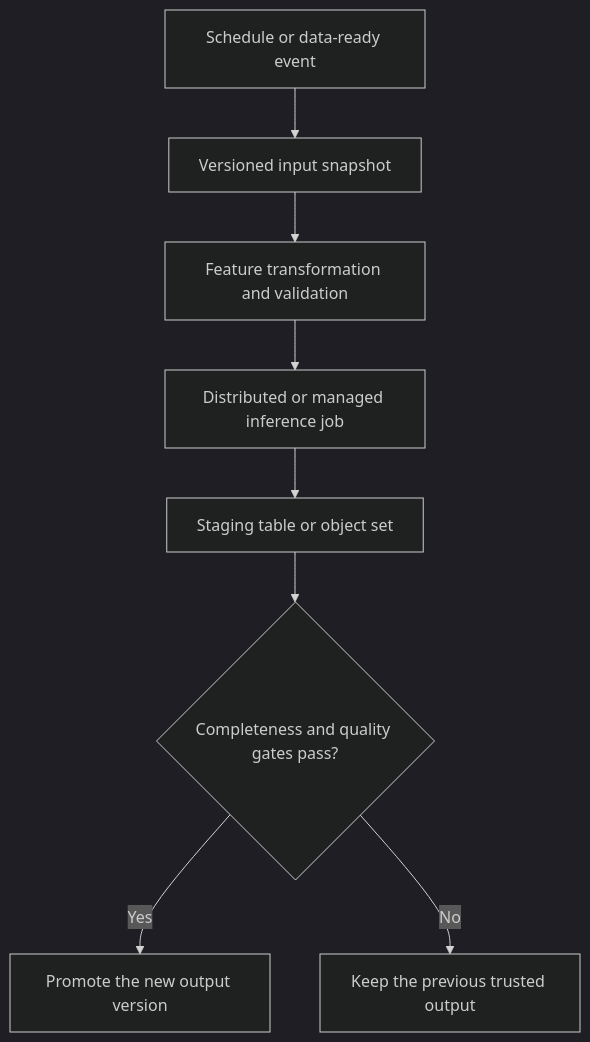
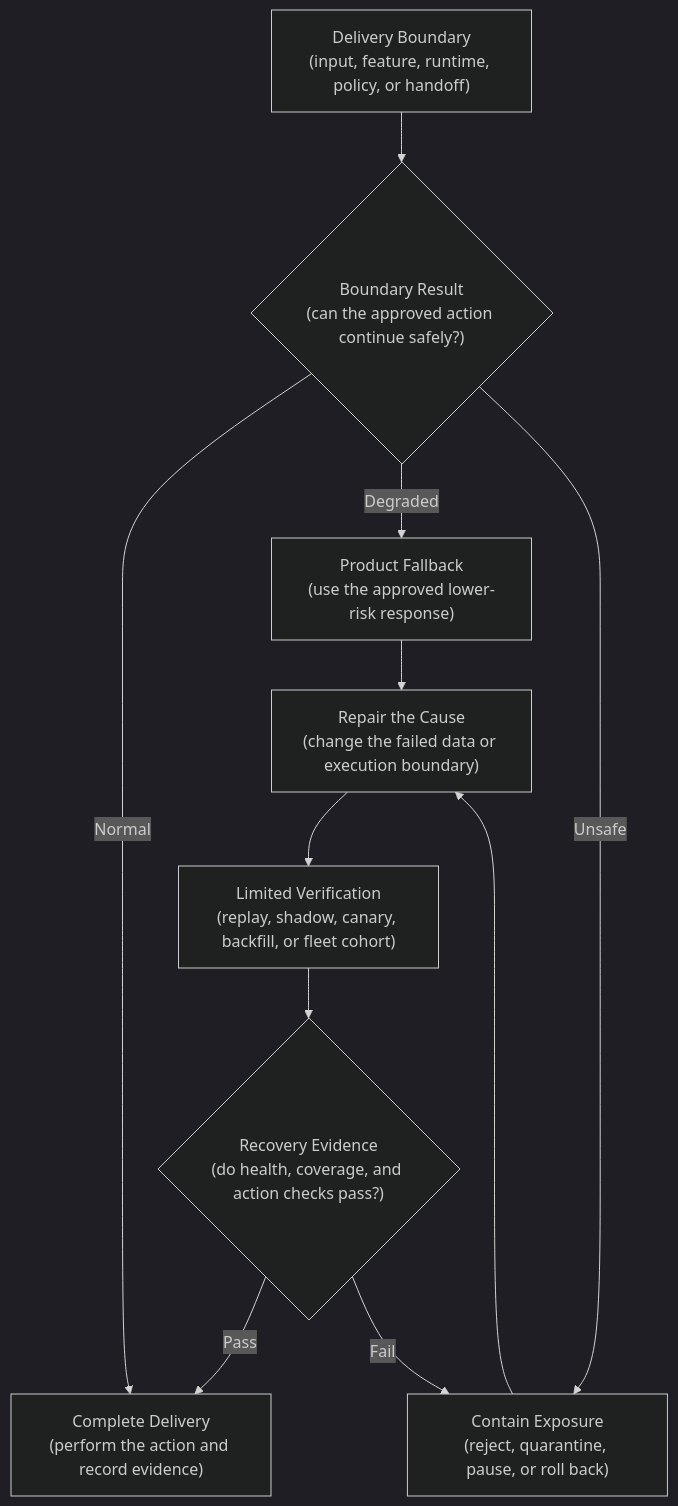
One commit to senlinyy/dev-roadmaps changed the fifth of 6 diagrams in roadmaps/mlops/modules/mlops-foundations/architecture-basics/03-prediction-delivery-in-an-mlops-architecture.md. Above: the diagram before and after it, drawn with Mermaid (dark theme). The commit also changed other lines of this file and 152 other files, not shown here.

Commit message:
feat: mlops and diagrams updated

````diff
--- a/roadmaps/mlops/modules/mlops-foundations/architecture-basics/03-prediction-delivery-in-an-mlops-architecture.md
+++ b/roadmaps/mlops/modules/mlops-foundations/architecture-basics/03-prediction-delivery-in-an-mlops-architecture.md
@@ -312,10 +450,13 @@
 ```mermaid
 flowchart TD
-    A["Schedule or data-ready event"] --> B["Versioned input snapshot"]
-    B --> C["Feature transformation and validation"]
-    C --> D["Distributed or managed inference job"]
-    D --> E["Staging table or object set"]
-    E --> F{"Completeness and quality gates pass?"}
-    F -->|"Yes"| G["Promote the new output version"]
-    F -->|"No"| H["Keep the previous trusted output"]
+    A["Delivery Boundary<br/>(input, feature, runtime, policy, or handoff)"] --> B{"Boundary Result<br/>(can the approved action continue safely?)"}
+    B -->|Normal| C["Complete Delivery<br/>(perform the action and record evidence)"]
+    B -->|Degraded| D["Product Fallback<br/>(use the approved lower-risk response)"]
+    B -->|Unsafe| E["Contain Exposure<br/>(reject, quarantine, pause, or roll back)"]
+    D --> F["Repair the Cause<br/>(change the failed data or execution boundary)"]
+    E --> F
+    F --> G["Limited Verification<br/>(replay, shadow, canary, backfill, or fleet cohort)"]
+    G --> H{"Recovery Evidence<br/>(do health, coverage, and action checks pass?)"}
+    H -->|Pass| C
+    H -->|Fail| E
 ```
````
